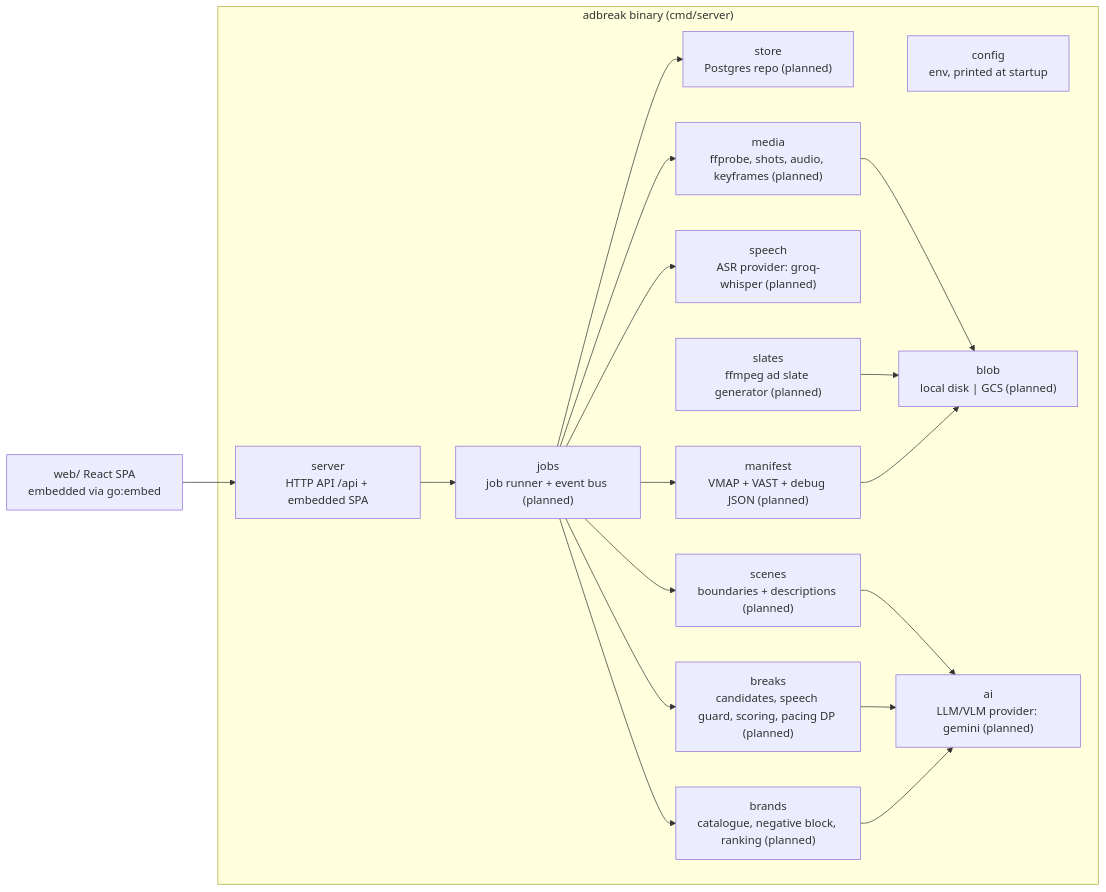
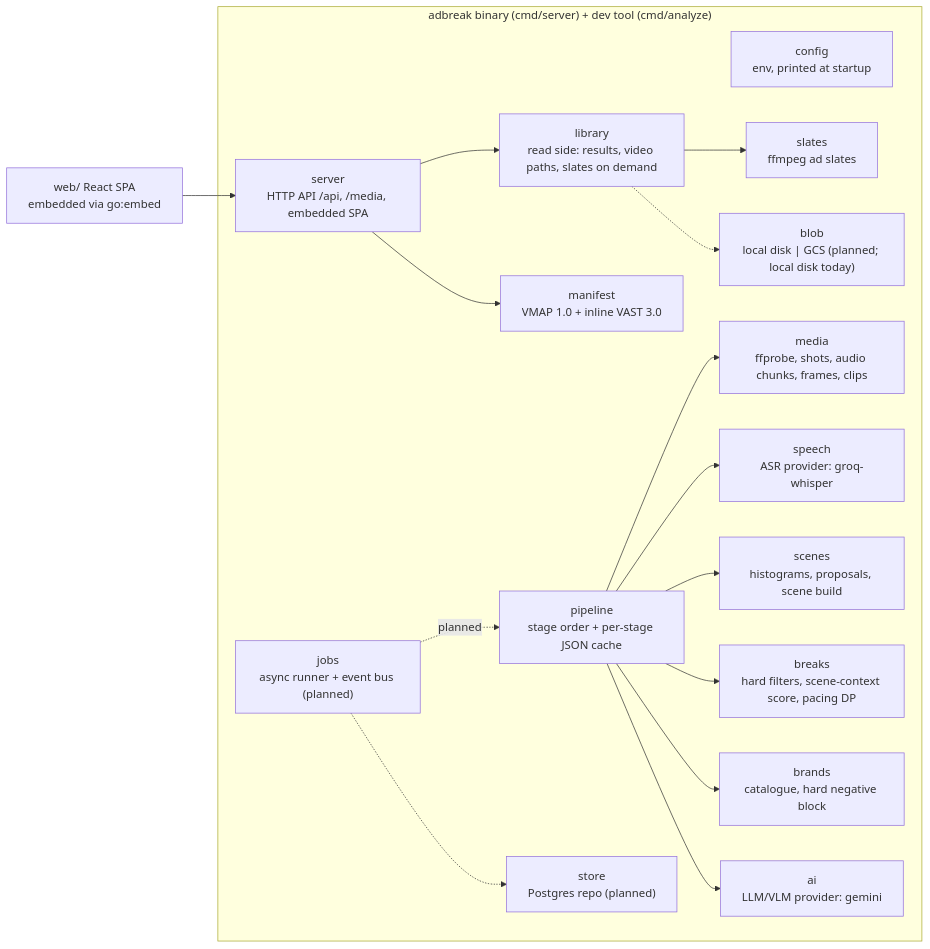
The first of 5 diagrams in docs/ARCHITECTURE.md (thisizaro/adbreak), drawn with Mermaid before and after one commit. The commit also changed other lines of this file and 13 other files, not shown here.

Commit message:
scenes: histogram proposals + AI segmentation with descriptions; scene-context scoring; scene list UI; low media resolution

````diff
--- a/docs/ARCHITECTURE.md
+++ b/docs/ARCHITECTURE.md
@@ -13,28 +13,29 @@
 ```mermaid
 flowchart LR
-  subgraph bin["adbreak binary (cmd/server)"]
-    server["server<br/>HTTP API /api + embedded SPA"]
+  subgraph bin["adbreak binary (cmd/server) + dev tool (cmd/analyze)"]
+    server["server<br/>HTTP API /api, /media, embedded SPA"]
     config["config<br/>env, printed at startup"]
-    jobs["jobs<br/>job runner + event bus (planned)"]
+    library["library<br/>read side: results, video paths, slates on demand"]
+    pipeline["pipeline<br/>stage order + per-stage JSON cache"]
+    jobs["jobs<br/>async runner + event bus (planned)"]
     store["store<br/>Postgres repo (planned)"]
-    blob["blob<br/>local disk | GCS (planned)"]
-    media["media<br/>ffprobe, shots, audio, keyframes (planned)"]
-    speech["speech<br/>ASR provider: groq-whisper (planned)"]
-    ai["ai<br/>LLM/VLM provider: gemini (planned)"]
-    scenes["scenes<br/>boundaries + descriptions (planned)"]
-    breaks["breaks<br/>candidates, speech guard, scoring, pacing DP (planned)"]
-    brands["brands<br/>catalogue, negative block, ranking (planned)"]
-    slates["slates<br/>ffmpeg ad slate generator (planned)"]
-    manifest["manifest<br/>VMAP + VAST + debug JSON (planned)"]
+    blob["blob<br/>local disk | GCS (planned; local disk today)"]
+    media["media<br/>ffprobe, shots, audio chunks, frames, clips"]
+    speech["speech<br/>ASR provider: groq-whisper"]
+    ai["ai<br/>LLM/VLM provider: gemini"]
+    scenes["scenes<br/>histograms, proposals, scene build"]
+    breaks["breaks<br/>hard filters, scene-context score, pacing DP"]
+    brands["brands<br/>catalogue, hard negative block"]
+    slates["slates<br/>ffmpeg ad slates"]
+    manifest["manifest<br/>VMAP 1.0 + inline VAST 3.0"]
   end
   web["web/ React SPA<br/>embedded via go:embed"] --> server
-  server --> jobs
-  jobs --> media & speech & scenes & breaks & brands & manifest
-  scenes --> ai
-  breaks --> ai
-  brands --> ai
-  jobs --> store
-  media --> blob
-  slates --> blob
-  manifest --> blob
+  server --> library
+  server --> manifest
+  library --> slates
+  jobs -. planned .-> pipeline
+  pipeline --> media & speech & scenes & breaks & brands
+  pipeline --> ai
+  jobs -.-> store
+  library -.-> blob
 ```
````
